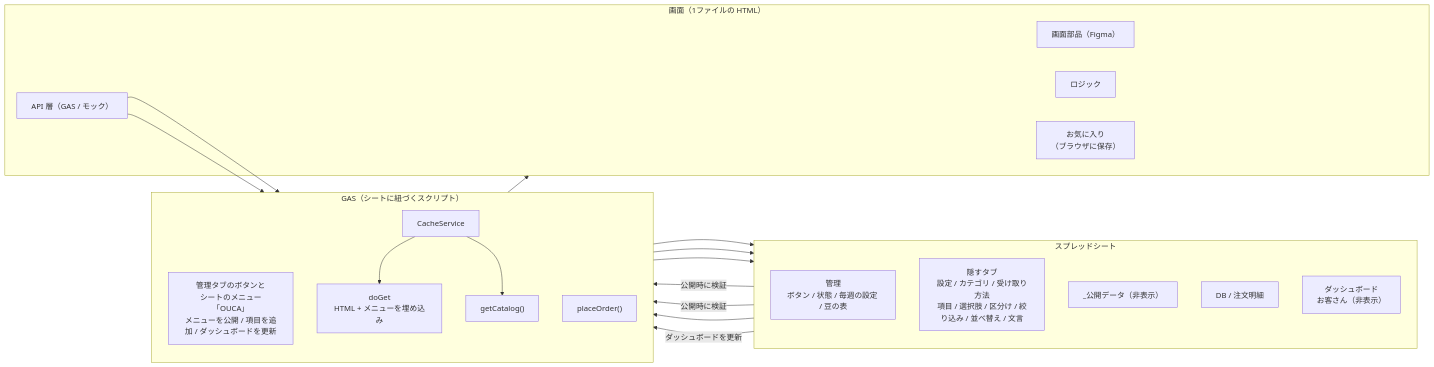
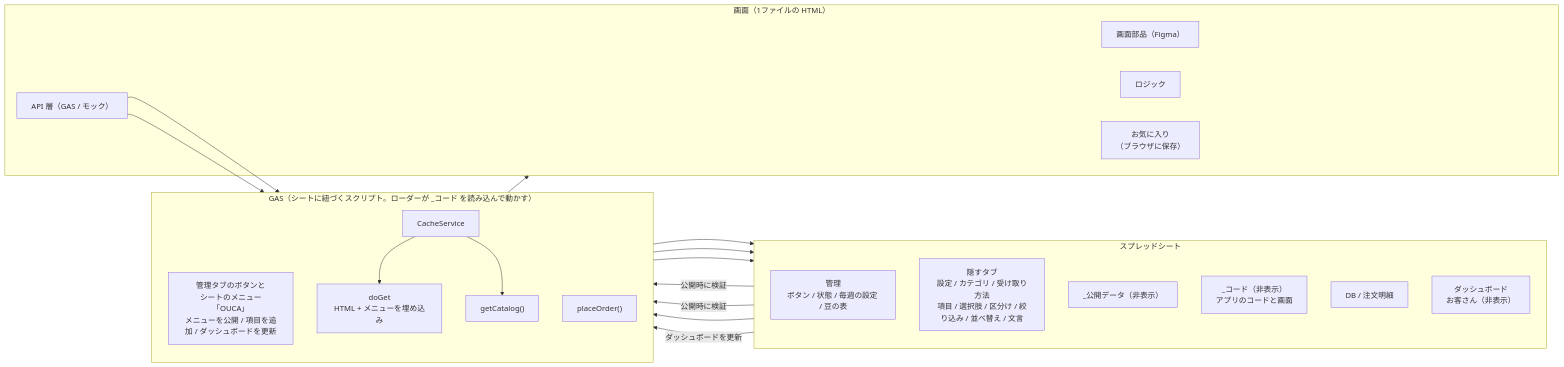
One commit to yuk-wq/ouca changed the first of 5 diagrams in docs/to-be/design.md. Above: the diagram before and after it, drawn with Mermaid. The commit also changed other lines of this file and 1 other file, not shown here.

````diff
--- a/docs/to-be/design.md
+++ b/docs/to-be/design.md
@@ -34,31 +34,32 @@
 ```mermaid
 flowchart LR
   subgraph Sheet["スプレッドシート"]
     direction TB
     E1["管理<br/>ボタン / 状態 / 毎週の設定 / 豆の表"]
     E2["隠すタブ<br/>設定 / カテゴリ / 受け取り方法<br/>項目 / 選択肢 / 区分け / 絞り込み / 並べ替え / 文言"]
     P["_公開データ（非表示）"]
+    K["_コード（非表示）<br/>アプリのコードと画面"]
     O["DB / 注文明細"]
     AN["ダッシュボード<br/>お客さん（非表示）"]
   end
-  subgraph GAS["GAS（シートに紐づくスクリプト）"]
+  subgraph GAS["GAS（シートに紐づくスクリプト。ローダーが _コード を読み込んで動かす）"]
     direction TB
     M["管理タブのボタンと<br/>シートのメニュー「OUCA」<br/>メニューを公開 / 項目を追加 / ダッシュボードを更新"]
     R["doGet<br/>HTML + メニューを埋め込み"]
     A1["getCatalog()"]
     A2["placeOrder()"]
     C["CacheService"]
   end
   subgraph Front["画面（1ファイルの HTML）"]
     V["画面部品（Figma）"]
     D["ロジック"]
     FAV["お気に入り<br/>（ブラウザに保存）"]
     API["API 層（GAS / モック）"]
   end
   E1 & E2 -->|"公開時に検証"| M --> P
   P --> C --> R --> Front
   C --> A1
   API --> A1
   API --> A2 --> O
   O -->|"ダッシュボードを更新"| M --> AN
 ```
````
